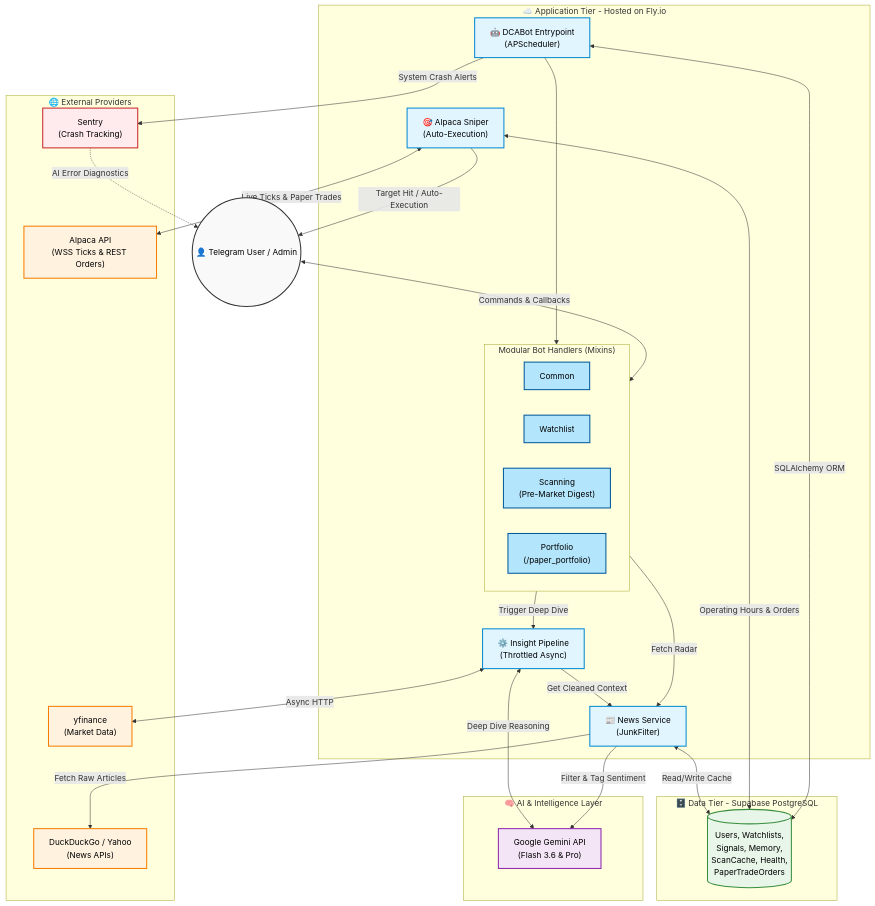
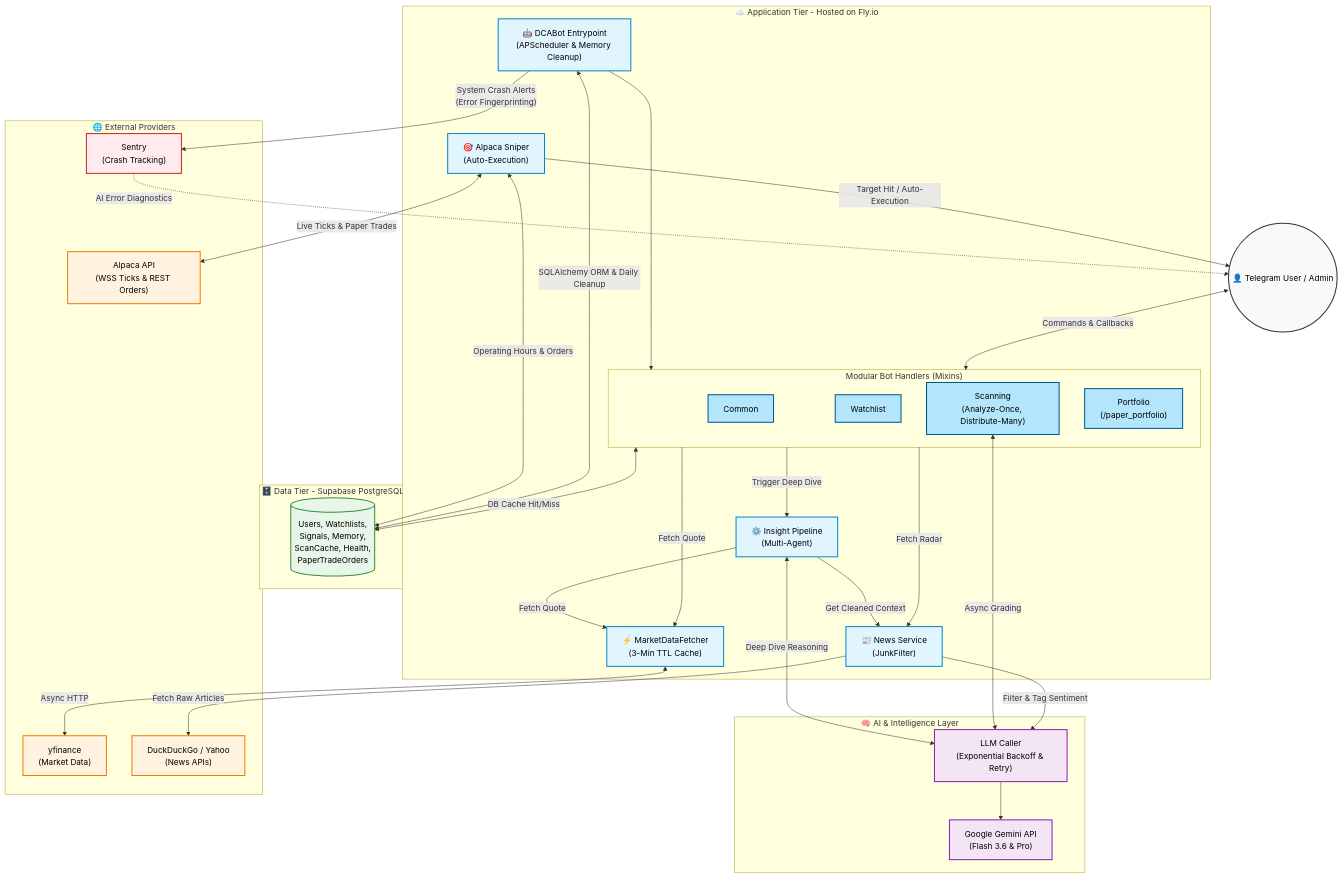
Before and after one commit to phonlapatS/dca-catcher: the diagram in README.md, drawn with Mermaid. The commit also changed other lines of this file, not shown here.

Commit message:
docs: update README.md for Phase 14 architecture and optimizations

````diff
--- a/README.md
+++ b/README.md
@@ -53,65 +60,72 @@
 ```mermaid
 flowchart TB
     %% Styling (Professional High Contrast)
     classDef actor fill:#f9f9f9,stroke:#333,stroke-width:2px,color:#000
     classDef app fill:#e1f5fe,stroke:#0288d1,stroke-width:2px,color:#000
     classDef handler fill:#b3e5fc,stroke:#01579b,stroke-width:2px,color:#000
     classDef ai fill:#f3e5f5,stroke:#8e24aa,stroke-width:2px,color:#000
     classDef db fill:#e8f5e9,stroke:#388e3c,stroke-width:2px,color:#000
     classDef external fill:#fff3e0,stroke:#f57c00,stroke-width:2px,color:#000
     classDef monitor fill:#ffebee,stroke:#c62828,stroke-width:2px,color:#000
 
     User(("👤 Telegram User / Admin")):::actor
 
     subgraph FlyIO ["☁️ Application Tier - Hosted on Fly.io"]
-        Bot["🤖 DCABot Entrypoint<br/>(APScheduler)"]:::app
+        Bot["🤖 DCABot Entrypoint<br/>(APScheduler & Memory Cleanup)"]:::app
+        Fetcher["⚡ MarketDataFetcher<br/>(3-Min TTL Cache)"]:::app
         
         subgraph Handlers ["Modular Bot Handlers (Mixins)"]
             Common["Common"]:::handler
             Watchlist["Watchlist"]:::handler
-            Scanning["Scanning<br/>(Pre-Market Digest)"]:::handler
+            Scanning["Scanning<br/>(Analyze-Once, Distribute-Many)"]:::handler
             Portfolio["Portfolio<br/>(/paper_portfolio)"]:::handler
         end
         Bot --> Handlers
 
-        Pipeline["⚙️ Insight Pipeline<br/>(Throttled Async)"]:::app
+        Pipeline["⚙️ Insight Pipeline<br/>(Multi-Agent)"]:::app
         NewsService["📰 News Service<br/>(JunkFilter)"]:::app
         Sniper["🎯 Alpaca Sniper<br/>(Auto-Execution)"]:::app
     end
 
     subgraph Persistence ["🗄️ Data Tier - Supabase PostgreSQL"]
         DB[("Users, Watchlists,<br/>Signals, Memory,<br/>ScanCache, Health,<br/>PaperTradeOrders")]:::db
     end
 
     subgraph AI_Layer ["🧠 AI & Intelligence Layer"]
+        LLMCaller["LLM Caller<br/>(Exponential Backoff & Retry)"]:::ai
         Gemini["Google Gemini API<br/>(Flash 3.6 & Pro)"]:::ai
+        LLMCaller --> Gemini
     end
 
     subgraph External_Sources ["🌐 External Providers"]
         Market["yfinance<br/>(Market Data)"]:::external
         News["DuckDuckGo / Yahoo<br/>(News APIs)"]:::external
         Alpaca["Alpaca API<br/>(WSS Ticks & REST Orders)"]:::external
         Sentry["Sentry<br/>(Crash Tracking)"]:::monitor
     end
 
     %% Connections
     User <-->|"Commands & Callbacks"| Handlers
+    Handlers <-->|"DB Cache Hit/Miss"| DB
     Handlers -->|"Trigger Deep Dive"| Pipeline
     Handlers -->|"Fetch Radar"| NewsService
     Pipeline -->|"Get Cleaned Context"| NewsService
     
-    Pipeline <-->|"Async HTTP"| Market
-    Pipeline <-->|"Deep Dive Reasoning"| Gemini
+    Handlers -->|"Fetch Quote"| Fetcher
+    Pipeline -->|"Fetch Quote"| Fetcher
+    Fetcher <-->|"Async HTTP"| Market
+    
+    Pipeline <-->|"Deep Dive Reasoning"| LLMCaller
+    Scanning <-->|"Async Grading"| LLMCaller
+    NewsService -->|"Filter & Tag Sentiment"| LLMCaller
     
     NewsService -->|"Fetch Raw Articles"| News
-    NewsService <-->|"Read/Write Cache"| DB
-    NewsService -->|"Filter & Tag Sentiment"| Gemini
     
     Sniper <-->|"Live Ticks & Paper Trades"| Alpaca
     Sniper <-->|"Operating Hours & Orders"| DB
     Sniper -->|"Target Hit / Auto-Execution"| User
 
-    Bot <-->|"SQLAlchemy ORM"| DB
-    Bot -->|"System Crash Alerts"| Sentry
+    Bot <-->|"SQLAlchemy ORM & Daily Cleanup"| DB
+    Bot -->|"System Crash Alerts<br/>(Error Fingerprinting)"| Sentry
     Sentry -.->|"AI Error Diagnostics"| User
 ```
````
